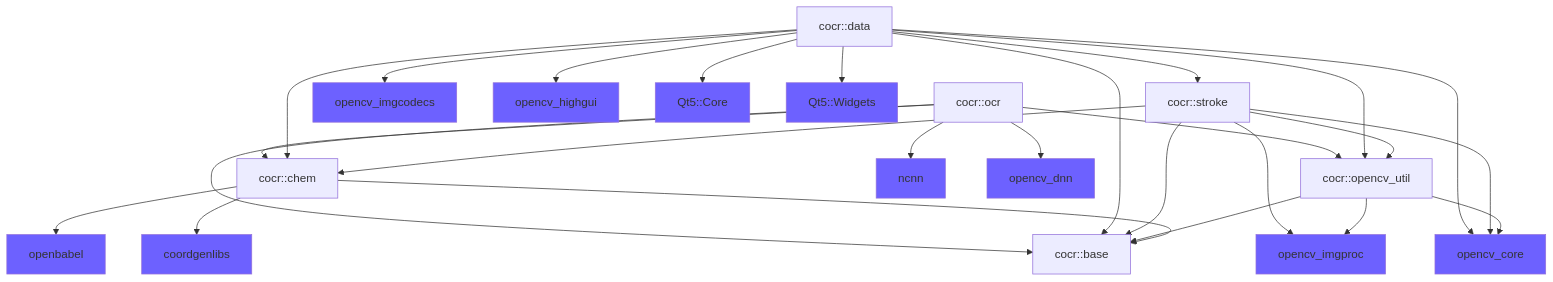
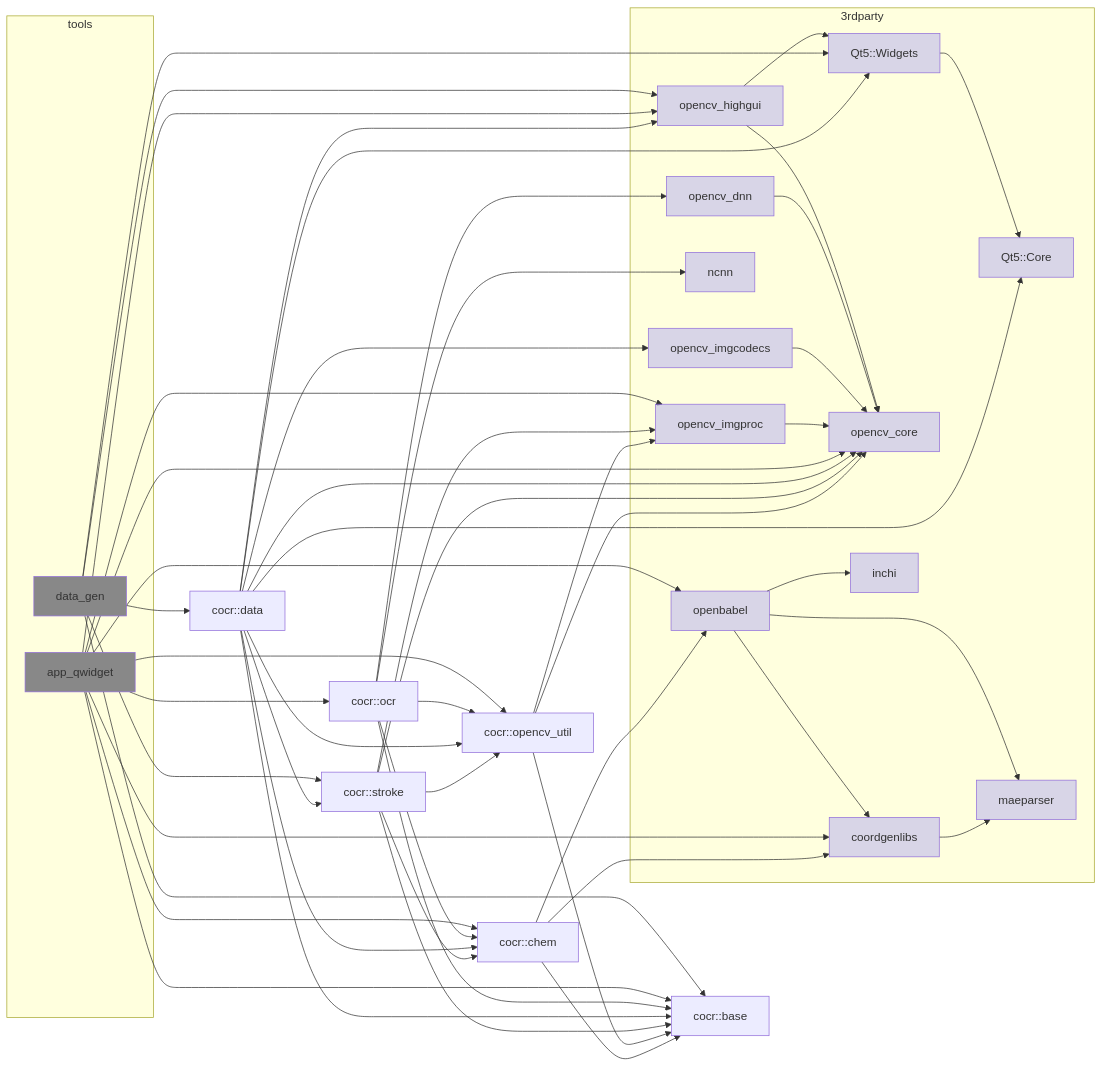
The diagram in README.md (xuguodong1999/COCR), drawn with Mermaid before and after one commit. The commit also changed other lines of this file, not shown here.

Commit message:
fix: beautify flow chart

````diff
--- a/README.md
+++ b/README.md
@@ -46,39 +44,87 @@
 ```mermaid
-graph TB
-    cocr::chem --> cocr::base
-    cocr::chem --> openbabel:::deps
-    cocr::chem --> coordgenlibs:::deps
+flowchart LR
+  cocr::chem --> cocr::base
+  cocr::chem --> openbabel:::deps
+  cocr::chem --> coordgenlibs:::deps
+
+  cocr::opencv_util --> cocr::base
+  cocr::opencv_util --> opencv_core:::deps
+  cocr::opencv_util --> opencv_imgproc:::deps
+
+  cocr::stroke --> cocr::base
+  cocr::stroke --> cocr::chem
+  cocr::stroke --> cocr::opencv_util
+
+  cocr::stroke --> opencv_core:::deps
+  cocr::stroke --> opencv_imgproc:::deps
+
+  cocr::data --> cocr::base
+  cocr::data --> cocr::chem
+  cocr::data --> cocr::stroke
+  cocr::data --> cocr::opencv_util
+
+  cocr::data --> opencv_core:::deps
+  cocr::data --> opencv_imgcodecs:::deps
+  cocr::data --> opencv_highgui:::deps
+  cocr::data --> Qt5::Core:::deps
+  cocr::data --> Qt5::Widgets:::deps
+
+  cocr::ocr --> cocr::base
+  cocr::ocr --> cocr::chem
+  cocr::ocr --> cocr::opencv_util
+
+  cocr::ocr --> ncnn:::deps
+  cocr::ocr --> opencv_dnn:::deps
+
+  app_qwidget:::app --> cocr::chem
+  app_qwidget --> cocr::base
+  app_qwidget --> cocr::ocr
+  app_qwidget --> cocr::opencv_util
+  app_qwidget --> openbabel:::deps
+  app_qwidget --> coordgenlibs:::deps
+  app_qwidget --> opencv_core:::deps
+  app_qwidget --> opencv_imgproc:::deps
+  app_qwidget --> opencv_highgui:::deps
+  
+  data_gen:::app --> cocr::data
+  data_gen --> cocr::stroke
+  data_gen --> cocr::base
+  data_gen --> Qt5::Widgets:::deps
+  data_gen --> opencv_highgui:::deps
+
+  Qt5::Widgets:::deps --> Qt5::Core:::deps
+  opencv_imgproc:::deps --> opencv_core:::deps
+  opencv_imgcodecs:::deps --> opencv_core:::deps
+  opencv_dnn:::deps --> opencv_core:::deps
+  opencv_highgui:::deps --> opencv_core:::deps
+  opencv_highgui:::deps --> Qt5::Widgets
+
+  openbabel:::deps --> coordgenlibs:::deps --> maeparser:::deps
+  openbabel:::deps --> maeparser:::deps
+  openbabel:::deps --> inchi:::deps
+
+  subgraph 3rdparty
+    Qt5::Widgets:::deps
+    Qt5::Core:::deps
     
-    cocr::opencv_util --> cocr::base
-    cocr::opencv_util --> opencv_core:::deps
-    cocr::opencv_util --> opencv_imgproc:::deps
+    opencv_core:::deps
+    opencv_imgproc:::deps
+    opencv_imgcodecs:::deps
+    opencv_dnn:::deps
+    opencv_highgui:::deps
     
-    
-    cocr::stroke --> cocr::base
-    cocr::stroke --> cocr::chem
-    cocr::stroke --> cocr::opencv_util
-    
-    cocr::stroke --> opencv_core:::deps
-    cocr::stroke --> opencv_imgproc:::deps
-   
-    cocr::data --> cocr::base
-    cocr::data --> cocr::chem
-    cocr::data --> cocr::stroke
-    cocr::data --> cocr::opencv_util
-    
-    cocr::data --> opencv_core:::deps
-    cocr::data --> opencv_imgcodecs:::deps
-    cocr::data --> opencv_highgui:::deps
-    cocr::data --> Qt5::Core:::deps
-    cocr::data --> Qt5::Widgets:::deps
-   
-    cocr::ocr --> cocr::base
-    cocr::ocr --> cocr::chem
-    cocr::ocr --> cocr::opencv_util
-    
-    cocr::ocr --> ncnn:::deps
-    cocr::ocr --> opencv_dnn:::deps
-    
-    classDef deps fill:#6d61ff;
-    classDef app fill:#888888;
+    maeparser:::deps
+    inchi:::deps
+    coordgenlibs:::deps
+    openbabel:::deps
+    ncnn:::deps
+  end
+  
+  subgraph tools
+    data_gen:::app
+    app_qwidget:::app
+  end
+  
+  classDef deps fill:#6d61ff44;
+  classDef app fill:#888888;
 ```
````
